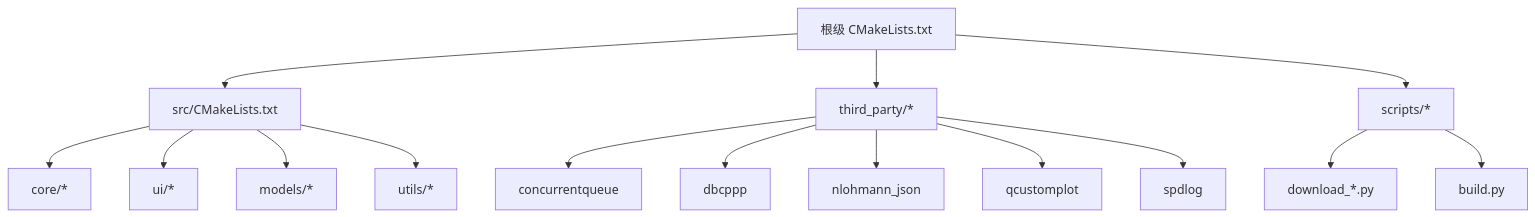
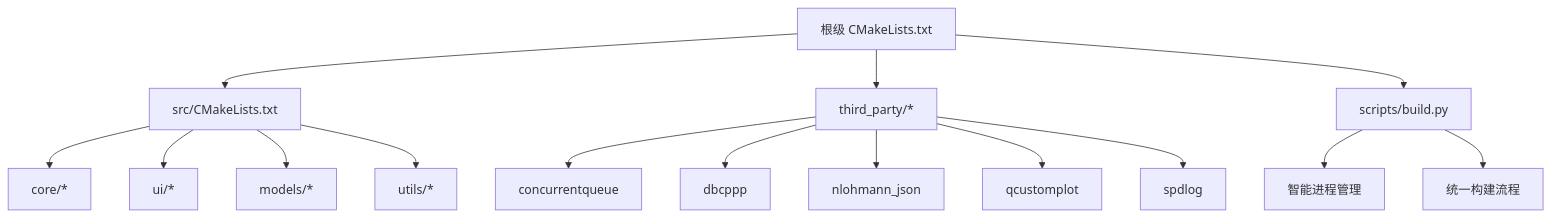
The first of 5 diagrams in .qoder/repowiki/zh/content/构建和部署/构建流程/自动化依赖管理.md (jakecai1225-design/OpenBus), drawn with Mermaid before and after one commit. The commit also changed other lines of this file and 40 other files, not shown here.

````diff
--- a/.qoder/repowiki/zh/content/构建和部署/构建流程/自动化依赖管理.md
+++ b/.qoder/repowiki/zh/content/构建和部署/构建流程/自动化依赖管理.md
@@ -50,17 +47,17 @@
 ```mermaid
 graph TB
 A["根级 CMakeLists.txt"] --> B["src/CMakeLists.txt"]
 A --> C["third_party/*"]
-A --> D["scripts/*"]
+A --> D["scripts/build.py"]
 B --> E["core/*"]
 B --> F["ui/*"]
 B --> G["models/*"]
 B --> H["utils/*"]
 C --> I["concurrentqueue"]
 C --> J["dbcppp"]
 C --> K["nlohmann_json"]
 C --> L["qcustomplot"]
 C --> M["spdlog"]
-D --> N["download_*.py"]
-D --> O["build.py"]
+D --> N["智能进程管理"]
+D --> O["统一构建流程"]
 ```
````
